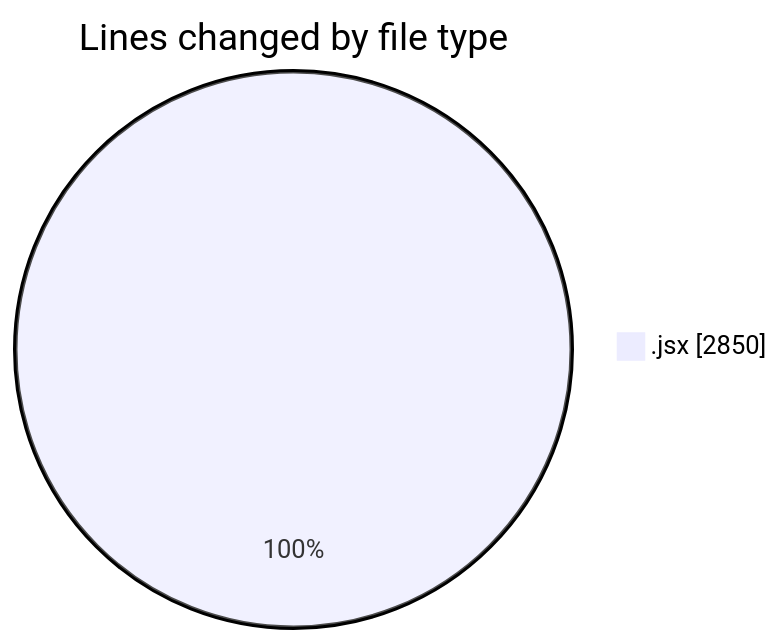
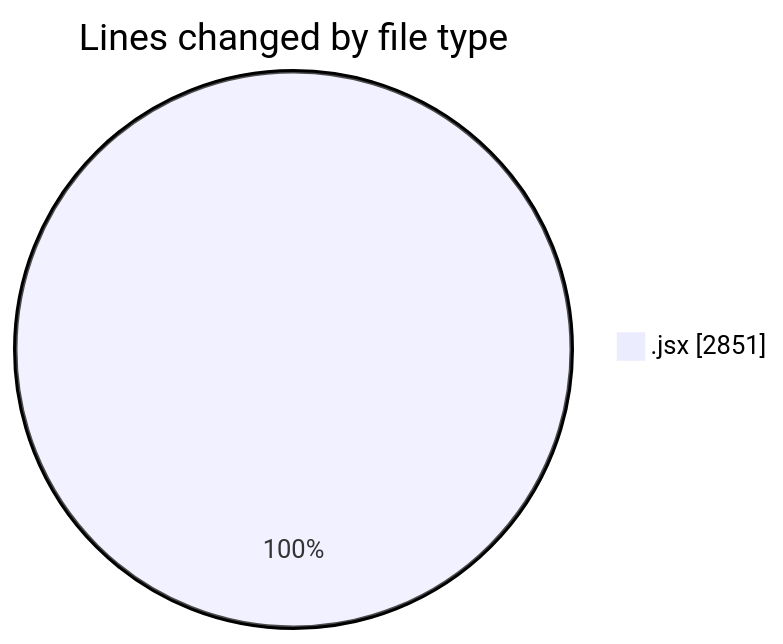
One commit to nxtqubesakshisongat/code-tracking changed the first of 2 diagrams in 2025-06-21/nxtqube_webapp/README.md. Above: the diagram before and after it, drawn with Mermaid. The commit also changed other lines of this file and 1 other file, not shown here.

````diff
--- a/2025-06-21/nxtqube_webapp/README.md
+++ b/2025-06-21/nxtqube_webapp/README.md
@@ -22,5 +22,5 @@
 ```mermaid
 pie showData
 title Lines changed by file type
-".jsx" : 2850
+".jsx" : 2851
 ```
````
